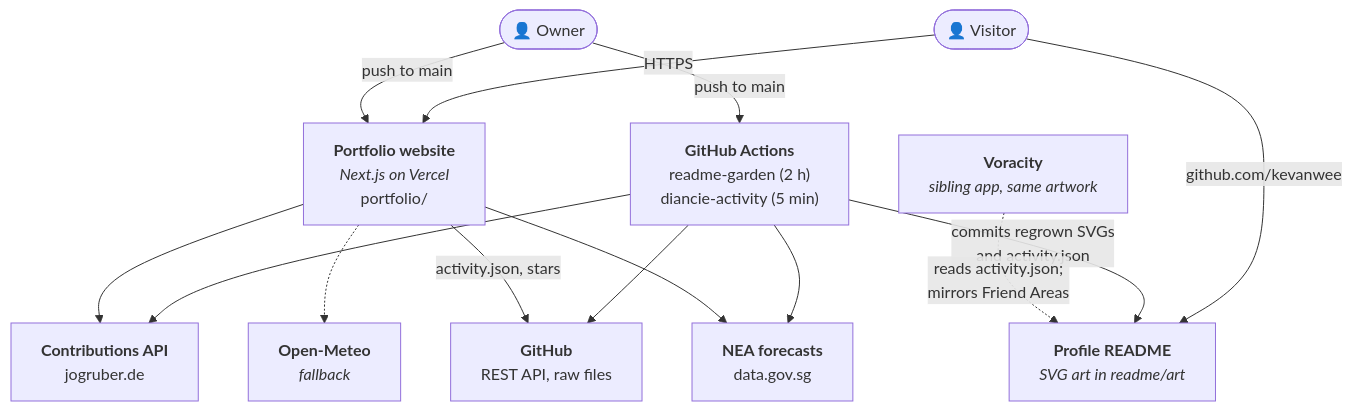
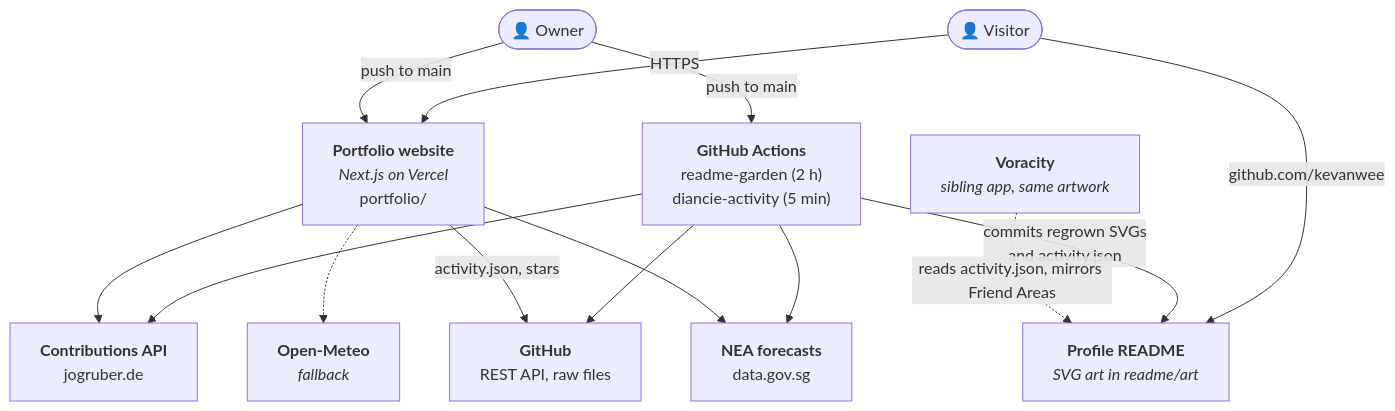
The first of 4 diagrams in ARCHITECTURE.md (kevanwee/kevanwee), drawn with Mermaid before and after one commit.

Commit message:
Quote a Mermaid edge label

````diff
--- a/ARCHITECTURE.md
+++ b/ARCHITECTURE.md
@@ -15,25 +15,25 @@
 ```mermaid
 flowchart TB
     visitor(["👤 Visitor"])
     owner(["👤 Owner"])
 
     site["<b>Portfolio website</b><br/><i>Next.js on Vercel</i><br/>portfolio/"]
     readme["<b>Profile README</b><br/><i>SVG art in readme/art</i>"]
     actions["<b>GitHub Actions</b><br/>readme-garden (2 h)<br/>diancie-activity (5 min)"]
 
     gh["<b>GitHub</b><br/>REST API, raw files"]
     contrib["<b>Contributions API</b><br/>jogruber.de"]
     nea["<b>NEA forecasts</b><br/>data.gov.sg"]
     meteo["<b>Open-Meteo</b><br/><i>fallback</i>"]
     voracity["<b>Voracity</b><br/><i>sibling app, same artwork</i>"]
 
     visitor -->|HTTPS| site
     visitor -->|github.com/kevanwee| readme
     owner -->|push to main| site & actions
     actions -->|commits regrown SVGs<br/>and activity.json| readme
     actions --> contrib & nea & gh
     site -->|activity.json, stars| gh
     site --> contrib & nea
     site -.-> meteo
-    voracity -.->|reads activity.json;<br/>mirrors Friend Areas| readme
+    voracity -.->|"reads activity.json, mirrors Friend Areas"| readme
 ```
````
